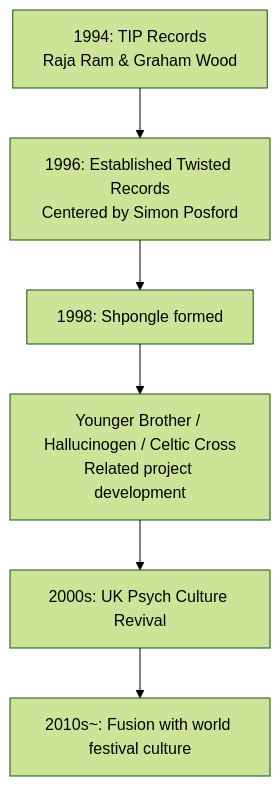
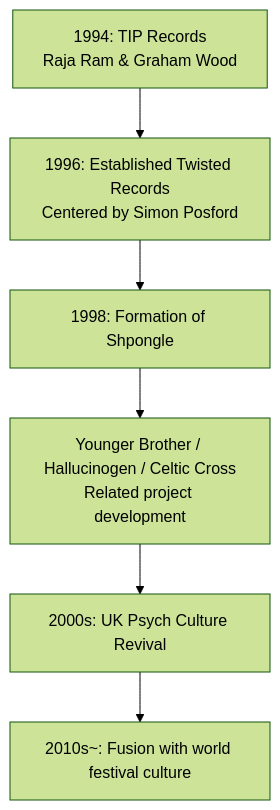
The first of 4 diagrams in en/_posts/2025-10-05-Column-Shpongle.md (monumental-movement/monumental-movement.github.io), drawn with Mermaid (forest theme) before and after one commit. The commit also changed other lines of this file and 190 other files, not shown here.

```diff
--- a/en/_posts/2025-10-05-Column-Shpongle.md
+++ b/en/_posts/2025-10-05-Column-Shpongle.md
@@ -63,10 +63,10 @@
 <div class="mermaid">
 
 flowchart TD
   A["1994: TIP Records<br>Raja Ram & Graham Wood"] --> B["1996: Established Twisted Records<br>Centered by Simon Posford"]
-  B --> C["1998: Shpongle formed"]
+  B --> C["1998: Formation of Shpongle"]
   C --> D["Younger Brother / Hallucinogen / Celtic Cross<br>Related project development"]
   D --> E["2000s: UK Psych Culture Revival"]
   E --> F["2010s~: Fusion with world festival culture"]
 
 </div>
```
